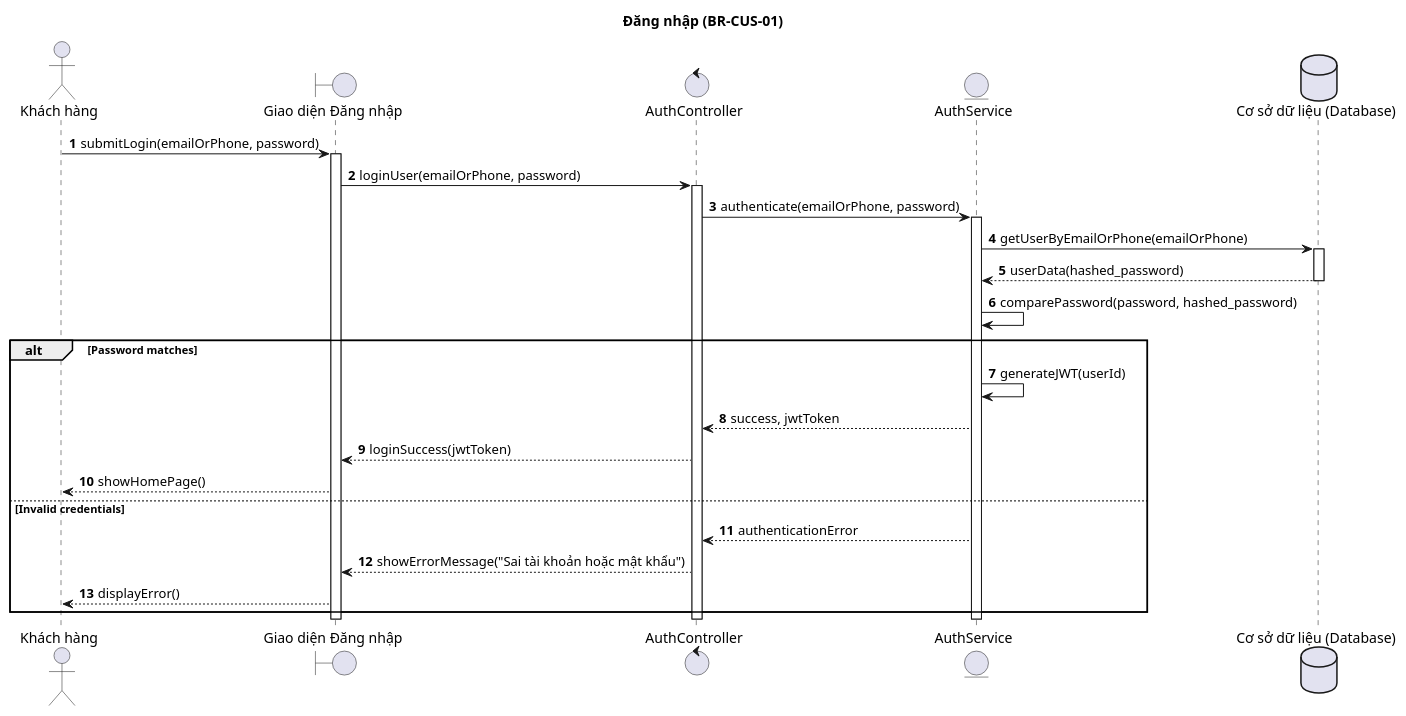
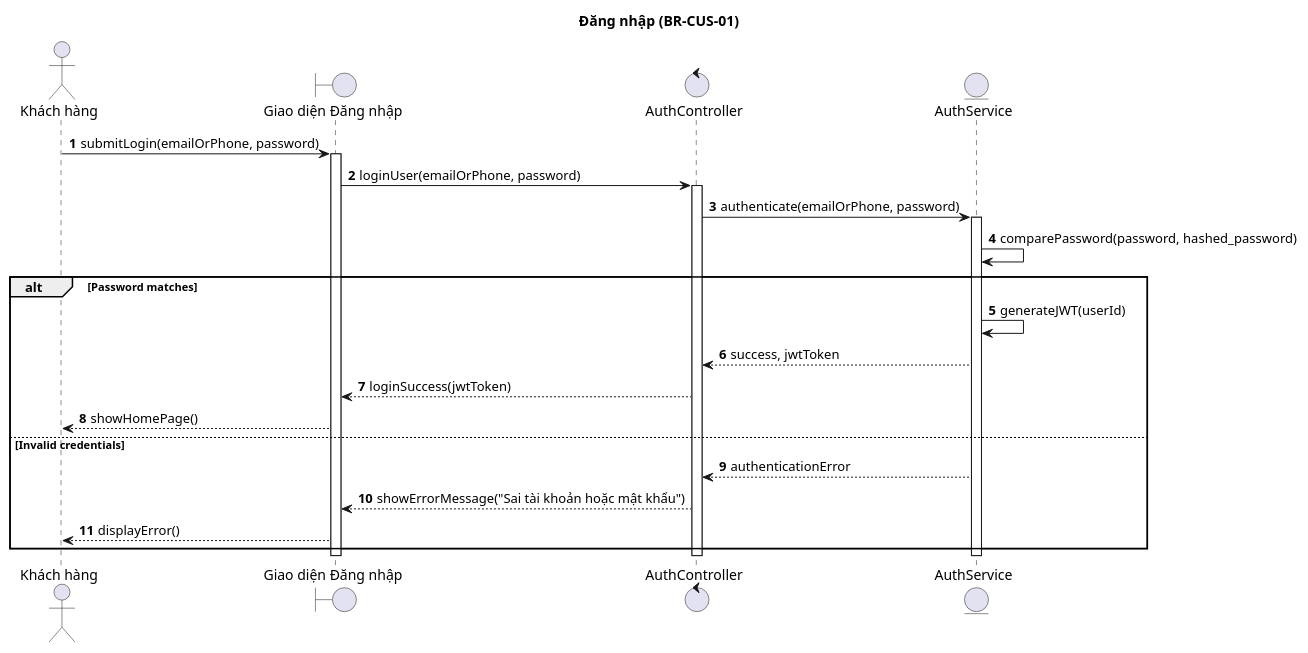
Before and after one commit to Ngo-The-Dat/e-voucher-system: the diagram in doc/sequence/KhachHang/Dang_nhap.wsd, drawn with PlantUML. The commit also changed 7 other files, not shown here.

Commit message:
docs: 📖 update customer sequence diagrams to remove internal DB interactions and match current implementation

```diff
--- a/doc/sequence/KhachHang/Dang_nhap.wsd
+++ b/doc/sequence/KhachHang/Dang_nhap.wsd
@@ -1,37 +1,32 @@
 @startuml
 title Đăng nhập (BR-CUS-01)
 
 autonumber
 actor "Khách hàng" as KH
 boundary "Giao diện Đăng nhập" as UI
 control "AuthController" as Controller
 entity "AuthService" as Service
-database "Cơ sở dữ liệu (Database)" as DB
 
 KH -> UI : submitLogin(emailOrPhone, password)
 activate UI
 UI -> Controller : loginUser(emailOrPhone, password)
 activate Controller
 Controller -> Service : authenticate(emailOrPhone, password)
 activate Service
 
-Service -> DB : getUserByEmailOrPhone(emailOrPhone)
-activate DB
-DB --> Service : userData(hashed_password)
-deactivate DB
 
 Service -> Service : comparePassword(password, hashed_password)
 alt Password matches
     Service -> Service : generateJWT(userId)
     Service --> Controller : success, jwtToken
     Controller --> UI : loginSuccess(jwtToken)
     UI --> KH : showHomePage()
 else Invalid credentials
     Service --> Controller : authenticationError
     Controller --> UI : showErrorMessage("Sai tài khoản hoặc mật khẩu")
     UI --> KH : displayError()
 end
 deactivate Service
 deactivate Controller
 deactivate UI
 @enduml
```
